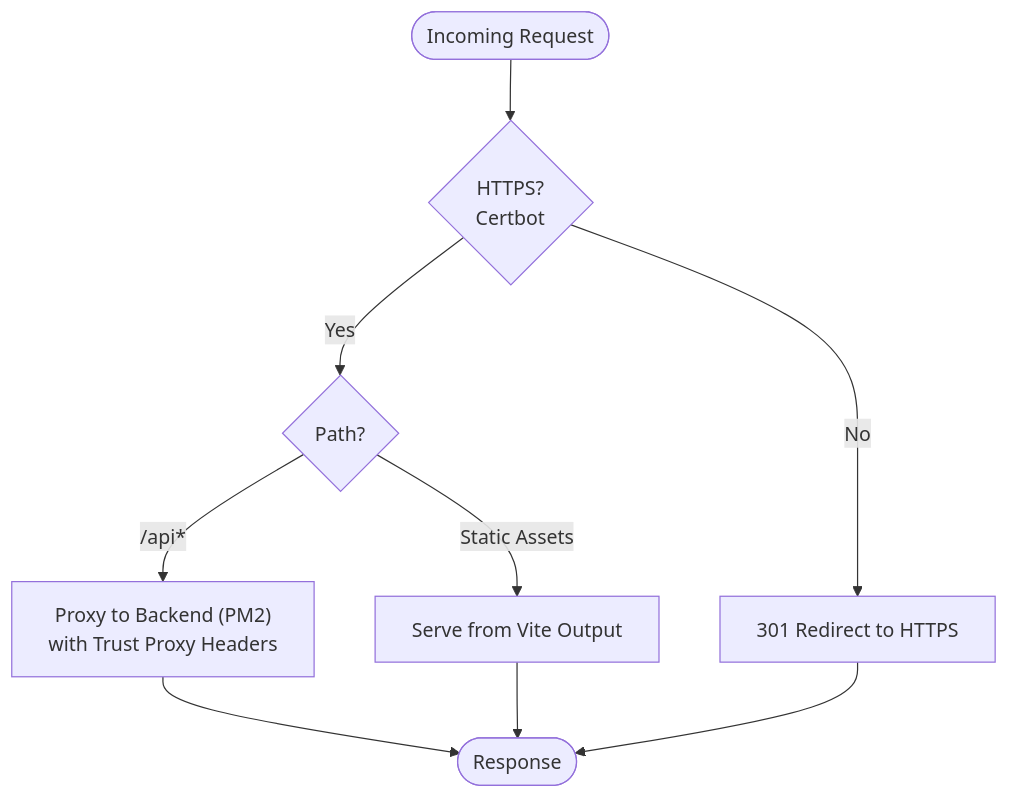
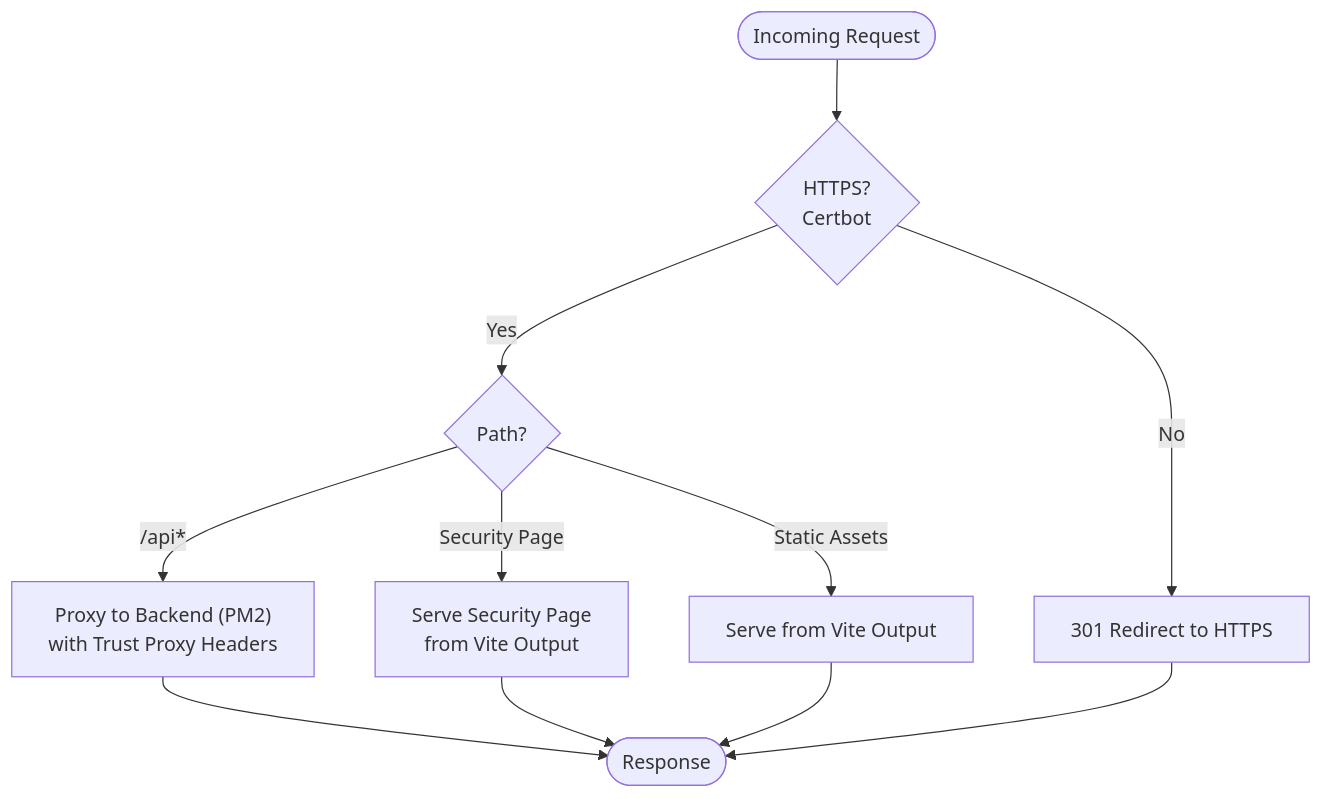
The fifth of 6 diagrams in .qoder/repowiki/en/content/Build & Deployment/Build & Deployment.md (RunTimeAdmin/AgentID), drawn with Mermaid before and after one commit. The commit also changed other lines of this file and 6 other files, not shown here.

````diff
--- a/.qoder/repowiki/en/content/Build & Deployment/Build & Deployment.md
+++ b/.qoder/repowiki/en/content/Build & Deployment/Build & Deployment.md
@@ -217,11 +227,13 @@
 ```mermaid
 flowchart TD
 D_Start(["Incoming Request"]) --> SSL{"HTTPS?<br/>Certbot"}
 SSL --> |No| Redirect["301 Redirect to HTTPS"]
 SSL --> |Yes| Route{"Path?"}
 Route --> |/api*| ProxyAPI["Proxy to Backend (PM2)<br/>with Trust Proxy Headers"]
-Route --> |Static Assets| Static["Serve from Vite Output"]
+Route --> |Security Page| Static["Serve Security Page<br/>from Vite Output"]
+Route --> |Static Assets| StaticAssets["Serve from Vite Output"]
 ProxyAPI --> D_End(["Response"])
 Static --> D_End
+StaticAssets --> D_End
 Redirect --> D_End
 ```
````
